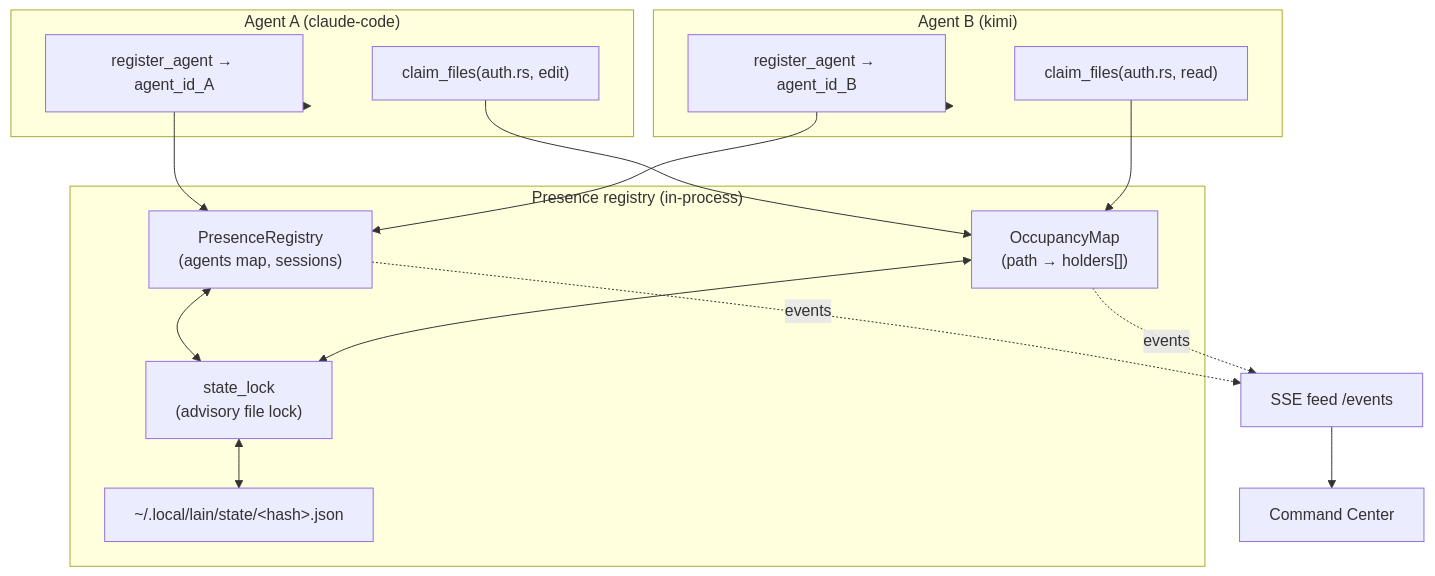
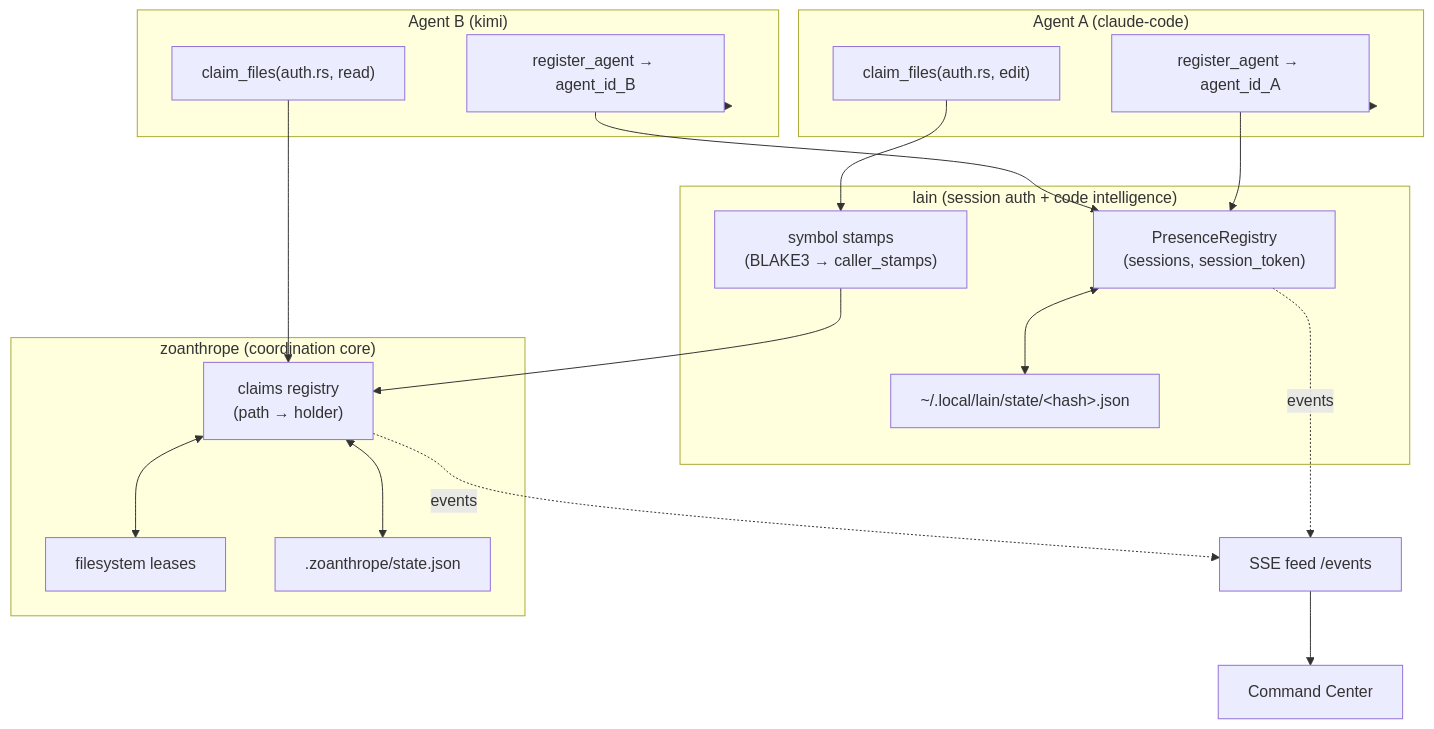
The first of 2 diagrams in docs/multiplayer.md (spuentesp/lain), drawn with Mermaid before and after one commit. The commit also changed other lines of this file and 2 other files, not shown here.

First line of the commit message:
docs: multiplayer + architecture describe zoanthrope-backed coordination

````diff
--- a/docs/multiplayer.md
+++ b/docs/multiplayer.md
@@ -7,33 +7,38 @@
 ```mermaid
 flowchart TB
     subgraph A1["Agent A (claude-code)"]
         REG1["register_agent → agent_id_A"]
         CL1["claim_files(auth.rs, edit)"]
     end
 
     subgraph A2["Agent B (kimi)"]
         REG2["register_agent → agent_id_B"]
         CL2["claim_files(auth.rs, read)"]
     end
 
-    subgraph REG["Presence registry (in-process)"]
-        PR["PresenceRegistry<br/>(agents map, sessions)"]
-        OM["OccupancyMap<br/>(path → holders[])"]
-        LOCK["state_lock<br/>(advisory file lock)"]
+    subgraph LAIN["lain (session auth + code intelligence)"]
+        PR["PresenceRegistry<br/>(sessions, session_token)"]
         ST["~/.local/lain/state/&lt;hash&gt;.json"]
+        SYM["symbol stamps<br/>(BLAKE3 → caller_stamps)"]
+    end
+
+    subgraph ZOO["zoanthrope (coordination core)"]
+        OM["claims registry<br/>(path → holder)"]
+        LEASE["filesystem leases"]
+        ZS[".zoanthrope/state.json"]
     end
 
     SSE["SSE feed /events"]
     CC["Command Center"]
 
     A1 --> REG1 --> PR
     A2 --> REG2 --> PR
-    CL1 --> OM
+    CL1 --> SYM --> OM
     CL2 --> OM
-    PR <--> LOCK
-    OM <--> LOCK
-    LOCK <--> ST
+    OM <--> LEASE
+    OM <--> ZS
+    PR <--> ST
+    OM -.events.-> SSE
     PR -.events.-> SSE
-    OM -.events.-> SSE
     SSE --> CC
 ```
````
